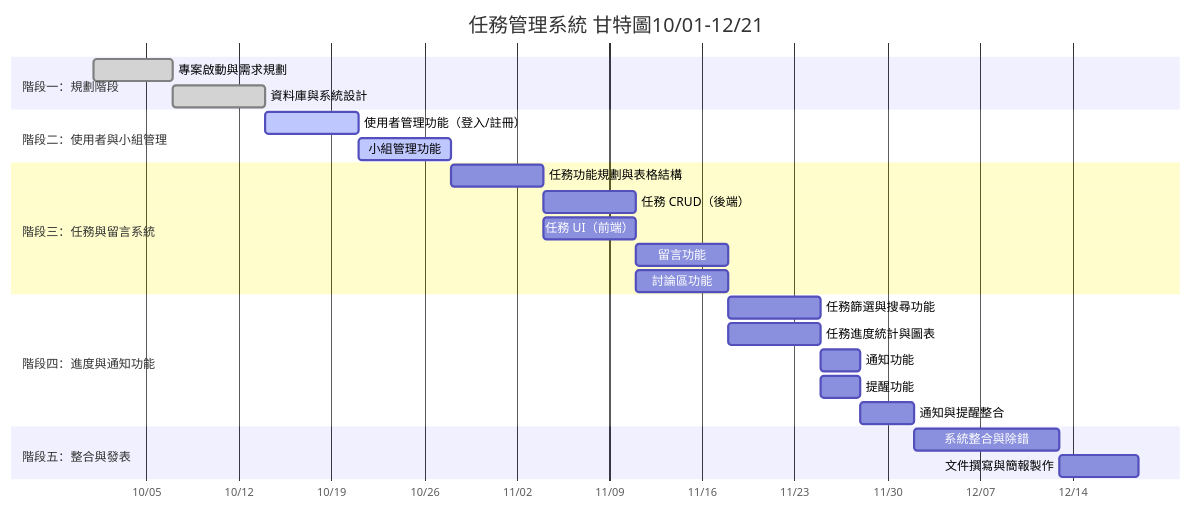
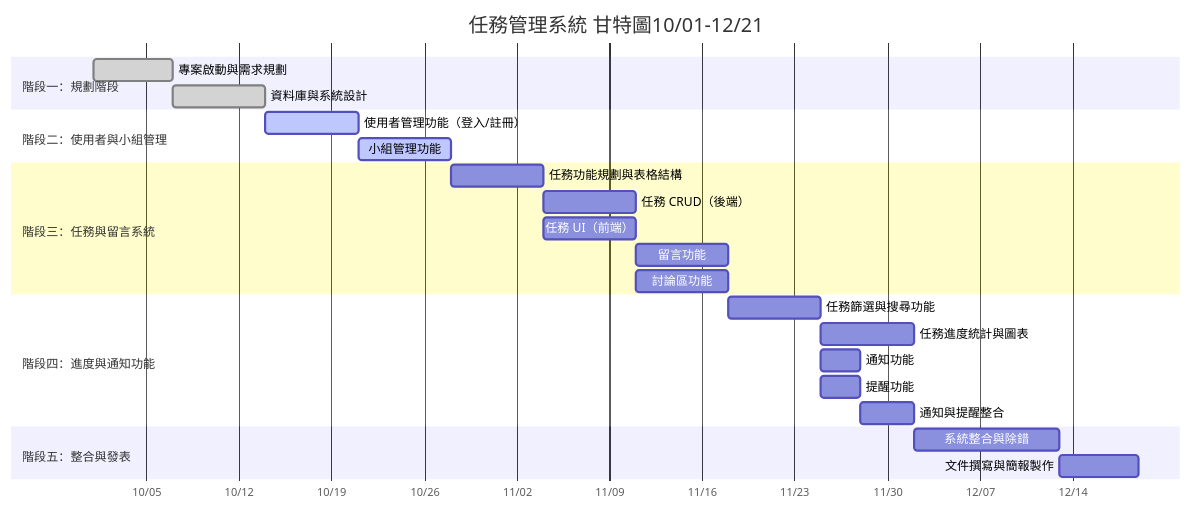
Before and after one commit to zhuang147/Task-Management: the first of 2 diagrams in schedule.md, drawn with Mermaid.

````diff
--- a/schedule.md
+++ b/schedule.md
@@ -39,37 +39,37 @@
 ```mermaid
 gantt
     title 任務管理系統 甘特圖10/01-12/21
     dateFormat MM-DD
     axisFormat %m/%d
 
     %% 狀態說明：
     %% done: 灰色 (已完成)
     %% active: 深藍框淺藍底 (正在進行)
     %% 未指定: 預設顏色 (未開始)
 
     section 階段一：規劃階段
     專案啟動與需求規劃           :done, a1, 10-01, 6d
     資料庫與系統設計             :done, a2, 10-07, 7d
 
     section 階段二：使用者與小組管理
     使用者管理功能（登入/註冊）    :active, b1, 10-14, 7d
     小組管理功能                 :active, b2, 10-21, 7d
 
     section 階段三：任務與留言系統
     任務功能規劃與表格結構          :c1, 10-28, 7d
     任務 CRUD（後端）            :c2a, 11-04, 7d
     任務 UI（前端）               :c2b, 11-04, 7d
     留言功能                     :c3a, 11-11, 7d
     討論區功能                   :c3b, 11-11, 7d
 
     section 階段四：進度與通知功能
     任務篩選與搜尋功能             :d1, 11-18, 7d
-    任務進度統計與圖表             :d2, 11-18, 7d
+    任務進度統計與圖表             :d2, 11-25, 7d
     通知功能                     :d3a, 11-25, 3d
     提醒功能                     :d3b, 11-25, 3d
     通知與提醒整合                :d3c, 11-28, 4d
 
     section 階段五：整合與發表
     系統整合與除錯                :e1, 12-02, 11d
     文件撰寫與簡報製作             :e2, 12-13, 6d
 ```
````
